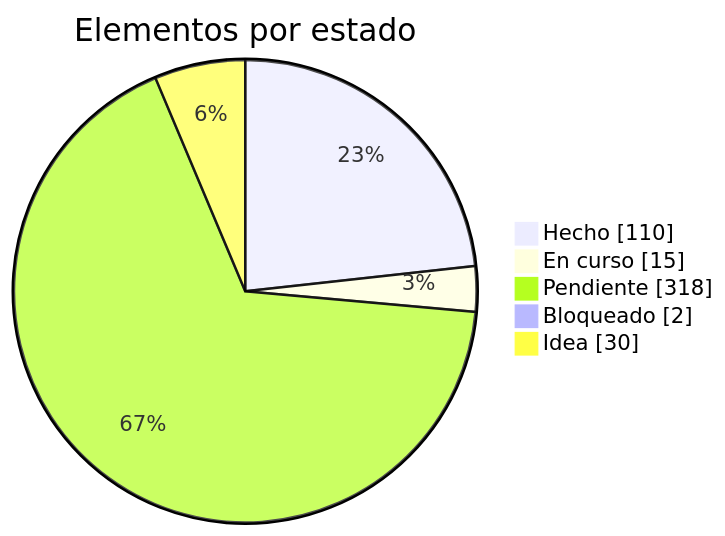
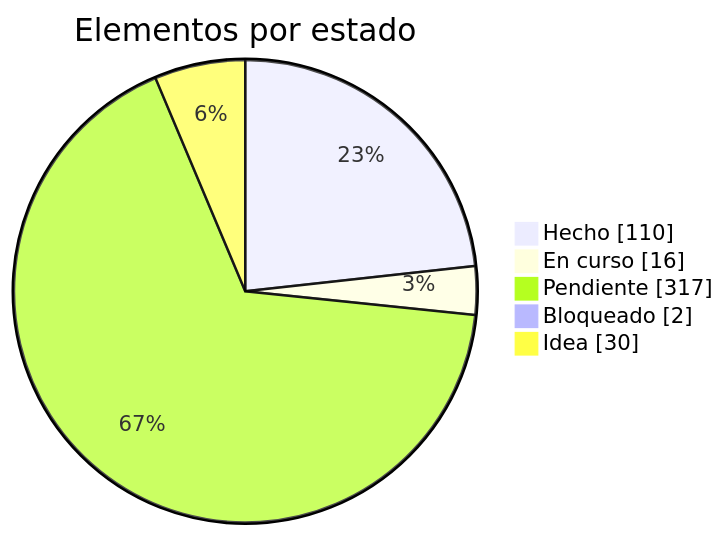
One commit to dariogea/BM27 changed the first of 2 diagrams in docs/roadmap.md. Above: the diagram before and after it, drawn with Mermaid. The commit also changed other lines of this file and 14 other files, not shown here.

````diff
--- a/docs/roadmap.md
+++ b/docs/roadmap.md
@@ -13,8 +13,8 @@
 ```mermaid
 pie showData title Elementos por estado
   "Hecho" : 110
-  "En curso" : 15
-  "Pendiente" : 318
+  "En curso" : 16
+  "Pendiente" : 317
   "Bloqueado" : 2
   "Idea" : 30
 ```
````
